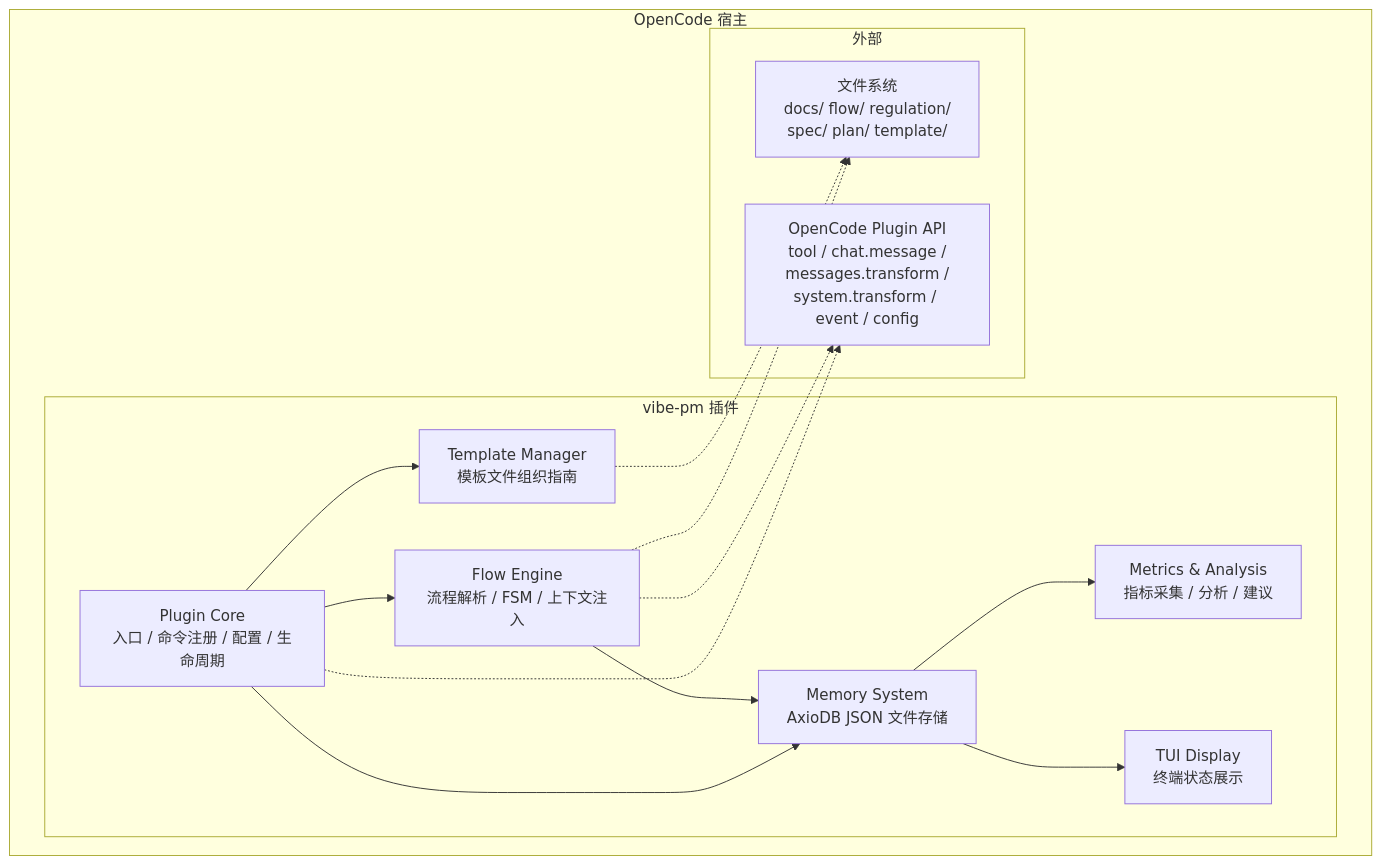
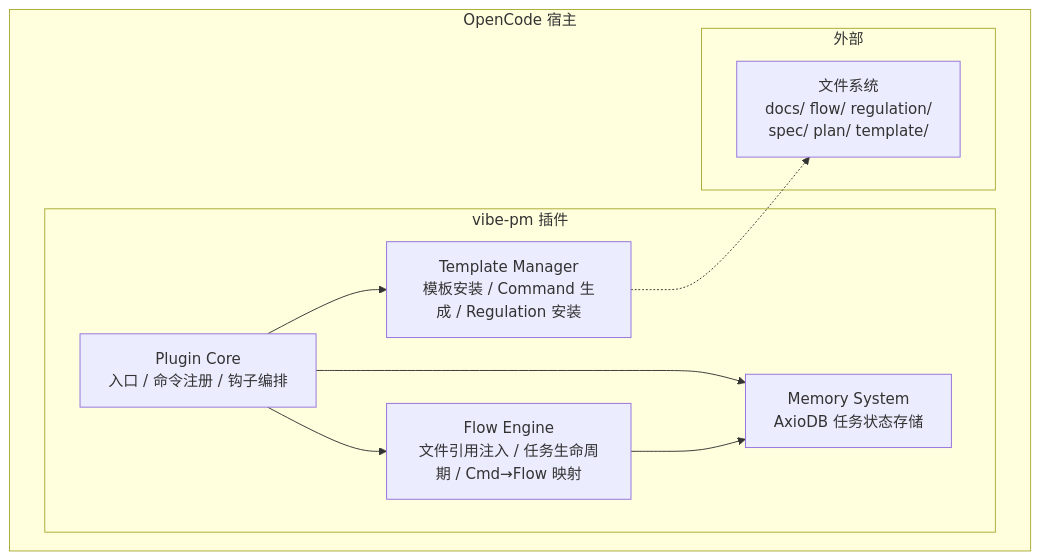
One commit to hank-cp/opencode-vibe-pm changed the first of 2 diagrams in docs/spec/vibe-pm-overall.md. Above: the diagram before and after it, drawn with Mermaid. The commit also changed other lines of this file and 19 other files, not shown here.

First line of the commit message:
refactor: LLM-driven flow control with file references instead of content injection

````diff
--- a/docs/spec/vibe-pm-overall.md
+++ b/docs/spec/vibe-pm-overall.md
@@ -56,29 +24,21 @@
 ```mermaid
 graph TB
     subgraph OpenCode["OpenCode 宿主"]
         subgraph Plugin["vibe-pm 插件"]
-            Core["Plugin Core<br/>入口 / 命令注册 / 配置 / 生命周期"]
-            Engine["Flow Engine<br/>流程解析 / FSM / 上下文注入"]
-            Memory["Memory System<br/>AxioDB JSON 文件存储"]
-            Metrics["Metrics & Analysis<br/>指标采集 / 分析 / 建议"]
-            TUI["TUI Display<br/>终端状态展示"]
-            Template["Template Manager<br/>模板文件组织指南"]
+            Core["Plugin Core<br/>入口 / 命令注册 / 钩子编排"]
+            Engine["Flow Engine<br/>文件引用注入 / 任务生命周期 / Cmd→Flow 映射"]
+            Memory["Memory System<br/>AxioDB 任务状态存储"]
+            Template["Template Manager<br/>模板安装 / Command 生成 / Regulation 安装"]
         end
 
         subgraph External["外部"]
             FS["文件系统<br/>docs/ flow/ regulation/<br/>spec/ plan/ template/"]
-            API["OpenCode Plugin API<br/>tool / chat.message /<br/>messages.transform /<br/>system.transform / event / config"]
         end
     end
 
     Core --> Engine
     Core --> Memory
     Core --> Template
     Engine --> Memory
-    Memory --> Metrics
-    Memory --> TUI
-    Core -.-> API
-    Engine -.-> API
-    Engine -.-> FS
     Template -.-> FS
 ```
````
